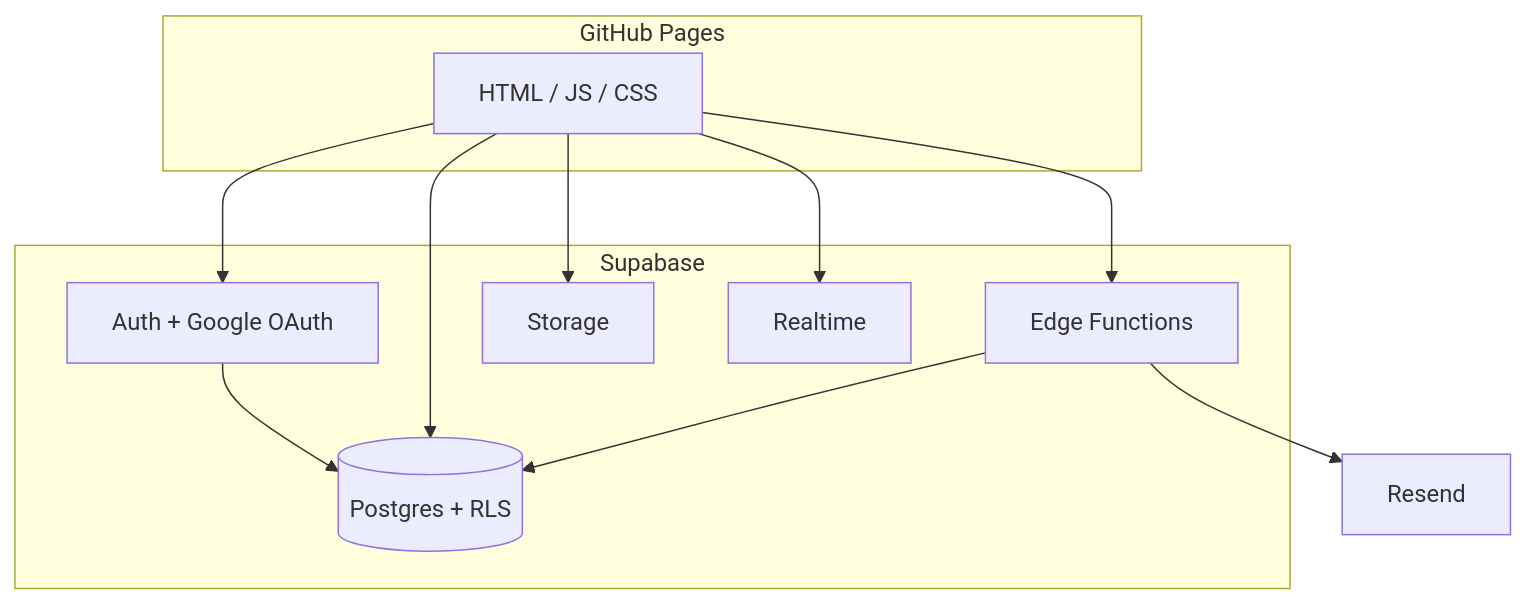
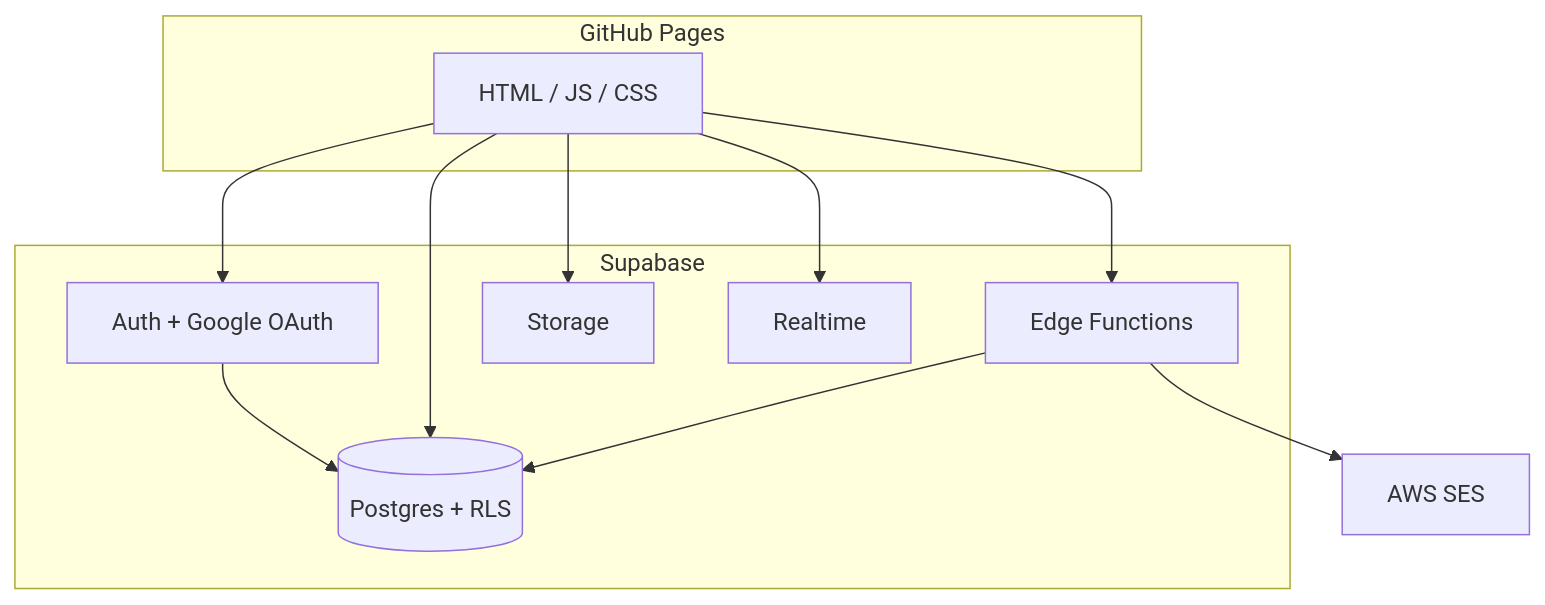
One commit to ChromQuiz/app changed the first of 4 diagrams in docs/supabase-phase0.md. Above: the diagram before and after it, drawn with Mermaid. The commit also changed other lines of this file and 12 other files, not shown here.

````diff
--- a/docs/supabase-phase0.md
+++ b/docs/supabase-phase0.md
@@ -39,25 +39,25 @@
 ```mermaid
 flowchart TB
     subgraph GH["GitHub Pages"]
         FE[HTML / JS / CSS]
     end
 
     subgraph SB["Supabase"]
         AUTH[Auth + Google OAuth]
         DB[(Postgres + RLS)]
         ST[Storage]
         RT[Realtime]
         EF[Edge Functions]
     end
 
-    RESEND[Resend]
+    SES[AWS SES]
 
     FE --> AUTH
     FE --> DB
     FE --> ST
     FE --> RT
     FE --> EF
     EF --> DB
-    EF --> RESEND
+    EF --> SES
     AUTH --> DB
 ```
````
